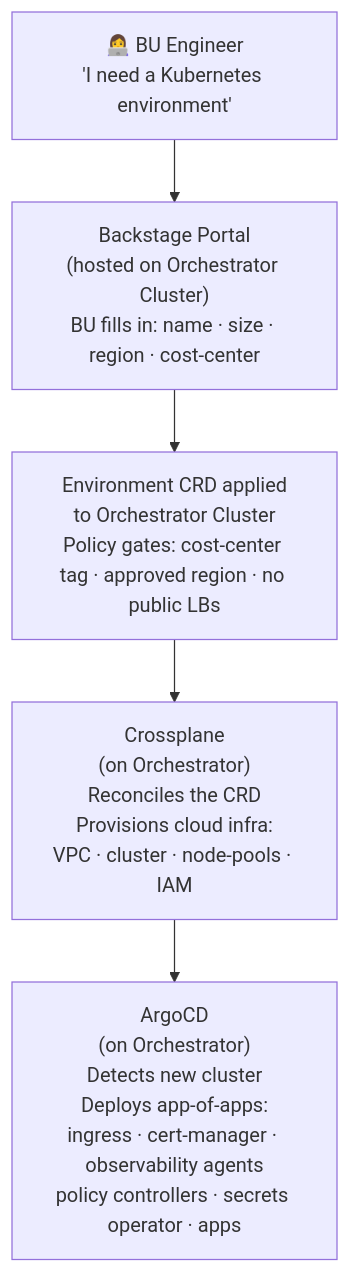
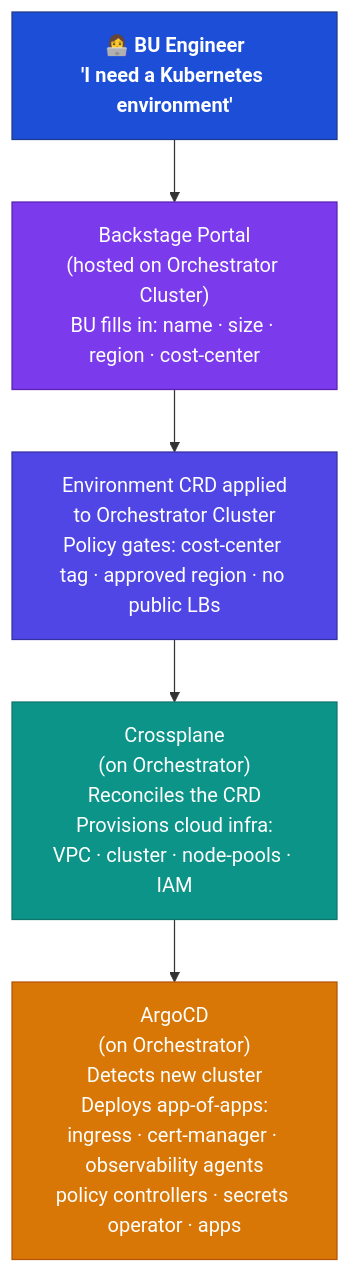
One commit to urukube/.github changed the second of 2 diagrams in .github/CLUSTER-TOPOLOGY.md. Above: the diagram before and after it, drawn with Mermaid. The commit also changed other lines of this file, not shown here.

First line of the commit message:
docs(cluster-topology): add contrasting colors to both diagrams

````diff
--- a/.github/CLUSTER-TOPOLOGY.md
+++ b/.github/CLUSTER-TOPOLOGY.md
@@ -57,14 +67,20 @@
 ```mermaid
 flowchart TD
     DEV["👩‍💻 BU Engineer\n'I need a Kubernetes environment'"]
 
     PORTAL["Backstage Portal\n(hosted on Orchestrator Cluster)\nBU fills in: name · size · region · cost-center"]
 
     CRD["Environment CRD applied\nto Orchestrator Cluster\nPolicy gates: cost-center tag · approved region · no public LBs"]
 
     CROSSPLANE["Crossplane\n(on Orchestrator)\nReconciles the CRD\nProvisions cloud infra:\nVPC · cluster · node-pools · IAM"]
 
     ARGOCD["ArgoCD\n(on Orchestrator)\nDetects new cluster\nDeploys app-of-apps:\ningress · cert-manager · observability agents\npolicy controllers · secrets operator · apps"]
 
     DEV --> PORTAL --> CRD --> CROSSPLANE --> ARGOCD
+
+    style DEV        fill:#1D4ED8,stroke:#1E3A8A,color:#FFFFFF,font-weight:bold
+    style PORTAL     fill:#7C3AED,stroke:#5B21B6,color:#FFFFFF
+    style CRD        fill:#4F46E5,stroke:#3730A3,color:#FFFFFF
+    style CROSSPLANE fill:#0D9488,stroke:#0F766E,color:#FFFFFF
+    style ARGOCD     fill:#D97706,stroke:#B45309,color:#FFFFFF
 ```
````
